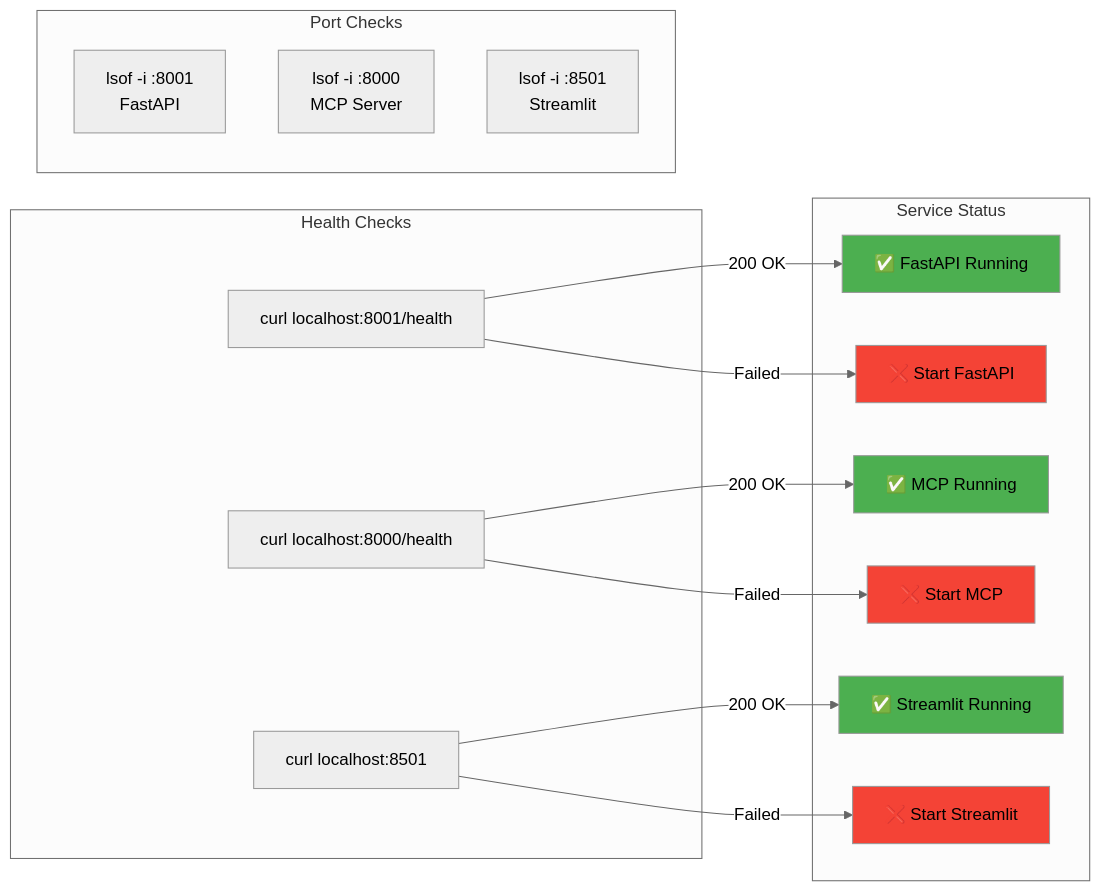
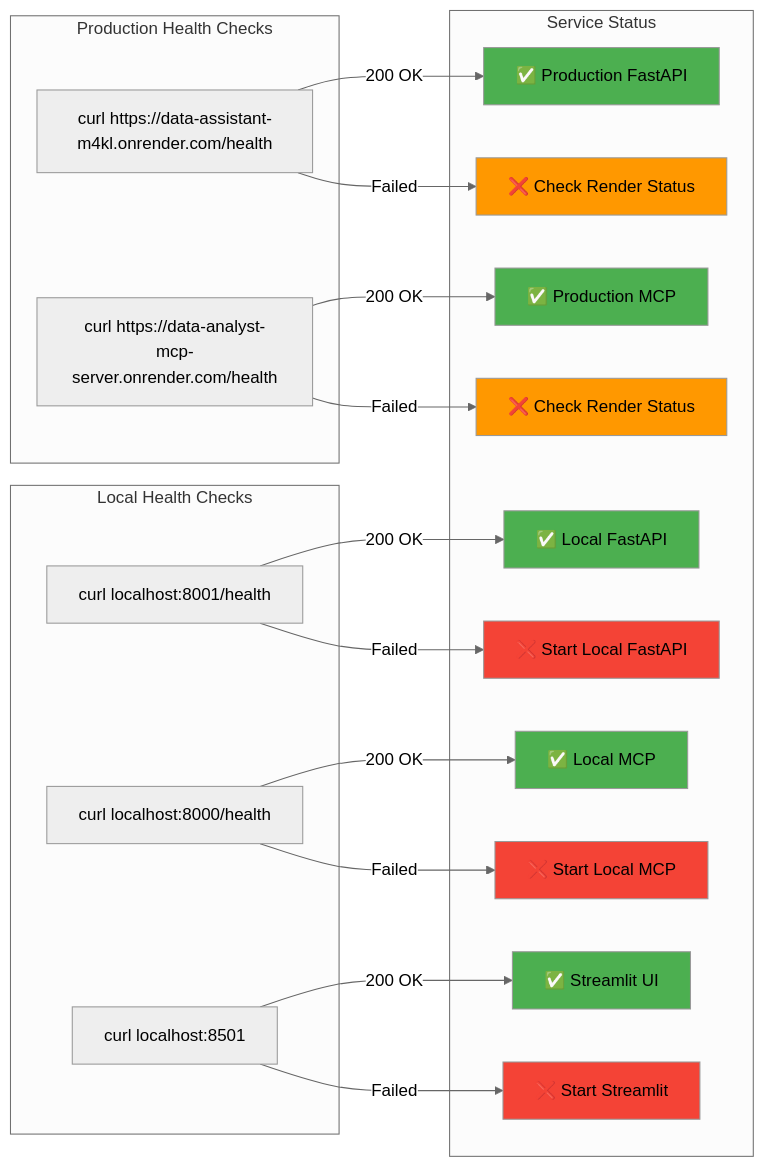
Diagram 21 of 21 in README.md (shivansh-2003/Data-Assistant), drawn with Mermaid (neutral theme) before and after one commit. The commit also changed other lines of this file, not shown here.

````diff
--- a/README.md
+++ b/README.md
@@ -1580,31 +1698,39 @@
 ```mermaid
 flowchart LR
-    subgraph "Health Checks"
+    subgraph "Production Health Checks"
+        HP1[curl https://data-assistant-m4kl.onrender.com/health]
+        HP2[curl https://data-analyst-mcp-server.onrender.com/health]
+    end
+    
+    subgraph "Local Health Checks"
         H1[curl localhost:8001/health]
         H2[curl localhost:8000/health]
         H3[curl localhost:8501]
     end
     
-    subgraph "Port Checks"
-        P1[lsof -i :8001<br/>FastAPI]
-        P2[lsof -i :8000<br/>MCP Server]
-        P3[lsof -i :8501<br/>Streamlit]
-    end
-    
     subgraph "Service Status"
-        H1 -->|200 OK| S1[✅ FastAPI Running]
-        H2 -->|200 OK| S2[✅ MCP Running]
-        H3 -->|200 OK| S3[✅ Streamlit Running]
+        HP1 -->|200 OK| SP1[✅ Production FastAPI]
+        HP2 -->|200 OK| SP2[✅ Production MCP]
         
-        H1 -->|Failed| E1[❌ Start FastAPI]
-        H2 -->|Failed| E2[❌ Start MCP]
+        H1 -->|200 OK| S1[✅ Local FastAPI]
+        H2 -->|200 OK| S2[✅ Local MCP]
+        H3 -->|200 OK| S3[✅ Streamlit UI]
+        
+        HP1 -->|Failed| EP1[❌ Check Render Status]
+        HP2 -->|Failed| EP2[❌ Check Render Status]
+        H1 -->|Failed| E1[❌ Start Local FastAPI]
+        H2 -->|Failed| E2[❌ Start Local MCP]
         H3 -->|Failed| E3[❌ Start Streamlit]
     end
     
+    style SP1 fill:#4CAF50
+    style SP2 fill:#4CAF50
     style S1 fill:#4CAF50
     style S2 fill:#4CAF50
     style S3 fill:#4CAF50
+    style EP1 fill:#FF9800
+    style EP2 fill:#FF9800
     style E1 fill:#F44336
     style E2 fill:#F44336
     style E3 fill:#F44336
 ```
````
